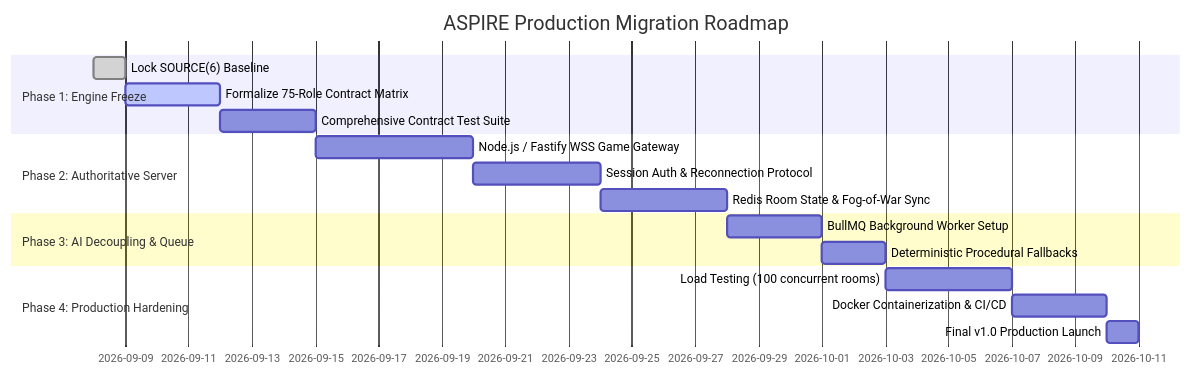
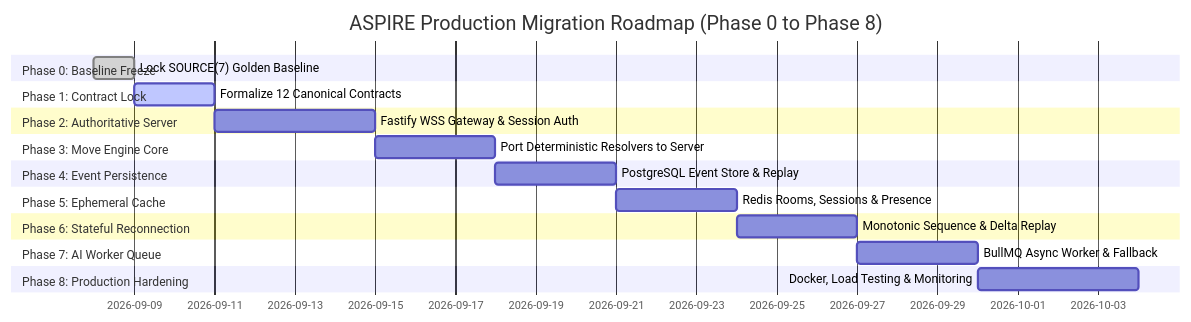
One commit to manuelixvivi/warewolf-moderator changed the sixth of 6 diagrams in ASPIRE_ARCHITECTURE_SPEC_V1.md. Above: the diagram before and after it, drawn with Mermaid. The commit also changed other lines of this file and 1 other file, not shown here.

Commit message:
feat(contracts): formalize ASPIRE v1.0 canonical contract pack and refine architecture persistence spec

````diff
--- a/ASPIRE_ARCHITECTURE_SPEC_V1.md
+++ b/ASPIRE_ARCHITECTURE_SPEC_V1.md
@@ -316,23 +339,23 @@
 ```mermaid
 gantt
-    title ASPIRE Production Migration Roadmap
+    title ASPIRE Production Migration Roadmap (Phase 0 to Phase 8)
     dateFormat  YYYY-MM-DD
-    section Phase 1: Engine Freeze
-    Lock SOURCE(6) Baseline               :done, 2026-09-08, 1d
-    Formalize 75-Role Contract Matrix     :active, 2026-09-09, 3d
-    Comprehensive Contract Test Suite      :2026-09-12, 3d
-
+    section Phase 0: Baseline Freeze
+    Lock SOURCE(7) Golden Baseline        :done, 2026-09-08, 1d
+    section Phase 1: Contract Lock
+    Formalize 12 Canonical Contracts      :active, 2026-09-09, 2d
     section Phase 2: Authoritative Server
-    Node.js / Fastify WSS Game Gateway    :2026-09-15, 5d
-    Session Auth & Reconnection Protocol  :2026-09-20, 4d
-    Redis Room State & Fog-of-War Sync    :2026-09-24, 4d
-
-    section Phase 3: AI Decoupling & Queue
-    BullMQ Background Worker Setup        :2026-09-28, 3d
-    Deterministic Procedural Fallbacks    :2026-10-01, 2d
-
-    section Phase 4: Production Hardening
-    Load Testing (100 concurrent rooms)   :2026-10-03, 4d
-    Docker Containerization & CI/CD       :2026-10-07, 3d
-    Final v1.0 Production Launch          :2026-10-10, 1d
+    Fastify WSS Gateway & Session Auth    :2026-09-11, 4d
+    section Phase 3: Move Engine Core
+    Port Deterministic Resolvers to Server:2026-09-15, 3d
+    section Phase 4: Event Persistence
+    PostgreSQL Event Store & Replay       :2026-09-18, 3d
+    section Phase 5: Ephemeral Cache
+    Redis Rooms, Sessions & Presence      :2026-09-21, 3d
+    section Phase 6: Stateful Reconnection
+    Monotonic Sequence & Delta Replay     :2026-09-24, 3d
+    section Phase 7: AI Worker Queue
+    BullMQ Async Worker & Fallback        :2026-09-27, 3d
+    section Phase 8: Production Hardening
+    Docker, Load Testing & Monitoring     :2026-09-30, 4d
 ```
````
